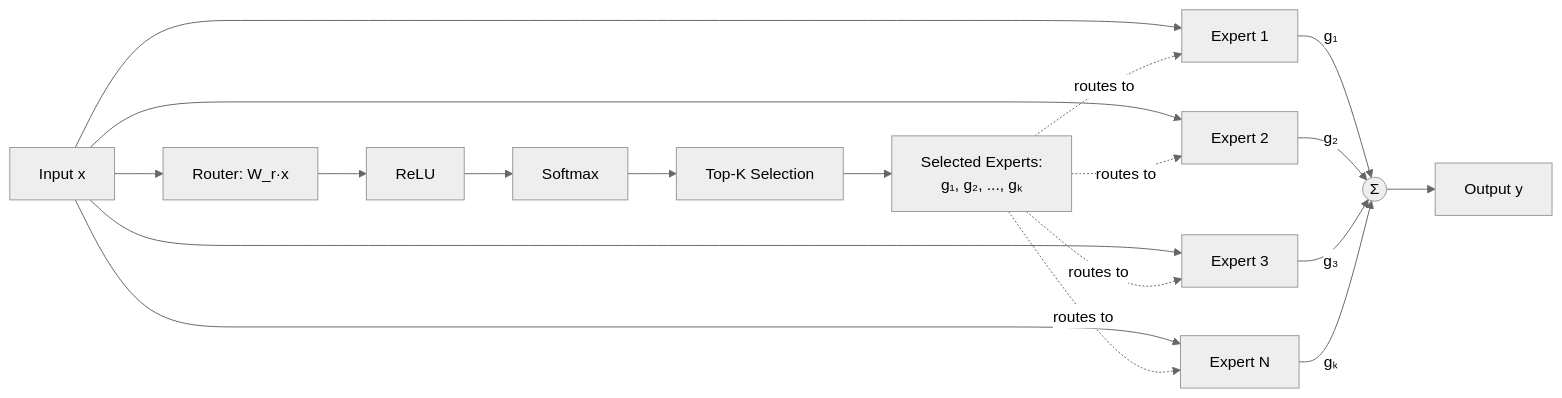
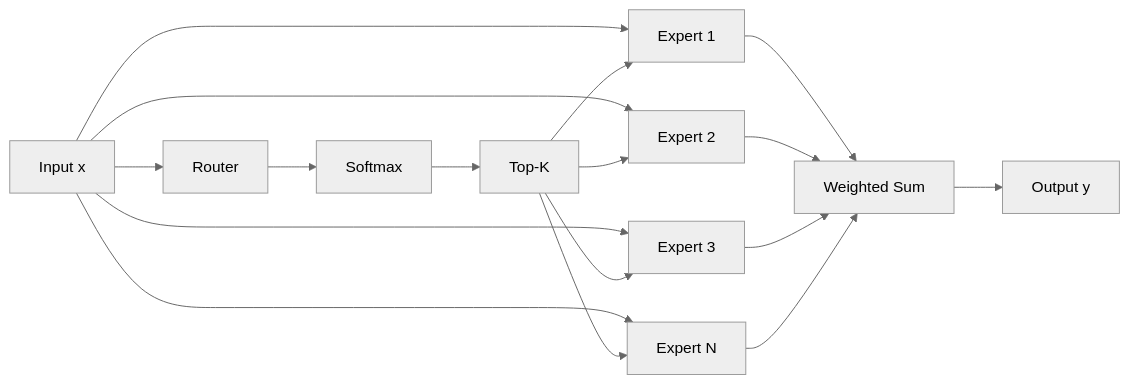
One commit to Meshojs/MoE-Mixture-Of-Experts- changed the first of 7 diagrams in README.md. Above: the diagram before and after it, drawn with Mermaid (neutral theme). The commit also changed other lines of this file, not shown here.

````diff
--- a/README.md
+++ b/README.md
@@ -4,26 +24,23 @@
 ```mermaid
 flowchart LR
-    X["Input x"] --> R["Router: W_r·x"]
-    
-    R --> RELU["ReLU"]
-    RELU --> S["Softmax"]
-    S --> TOPK["Top-K Selection"]
-    TOPK --> W["Selected Experts:<br/>g₁, g₂, ..., gₖ"]
-    
+    X["Input x"] --> R["Router"]
+    R --> S["Softmax"]
+    S --> K["Top-K"]
+
     X --> E1["Expert 1"]
     X --> E2["Expert 2"]
     X --> E3["Expert 3"]
     X --> EN["Expert N"]
-    
-    W -.->|"routes to"| E1
-    W -.->|"routes to"| E2
-    W -.->|"routes to"| E3
-    W -.->|"routes to"| EN
-    
-    E1 -- "g₁" --> SUM((Σ))
-    E2 -- "g₂" --> SUM
-    E3 -- "g₃" --> SUM
-    EN -- "gₖ" --> SUM
-    
-    SUM --> Y["Output y"]
+
+    K --> E1
+    K --> E2
+    K --> E3
+    K --> EN
+
+    E1 --> A["Weighted Sum"]
+    E2 --> A
+    E3 --> A
+    EN --> A
+
+    A --> Y["Output y"]
 ```
````
